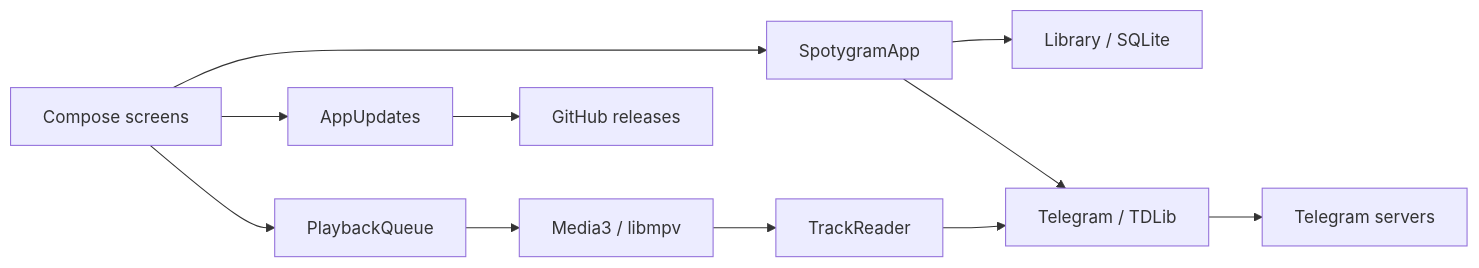
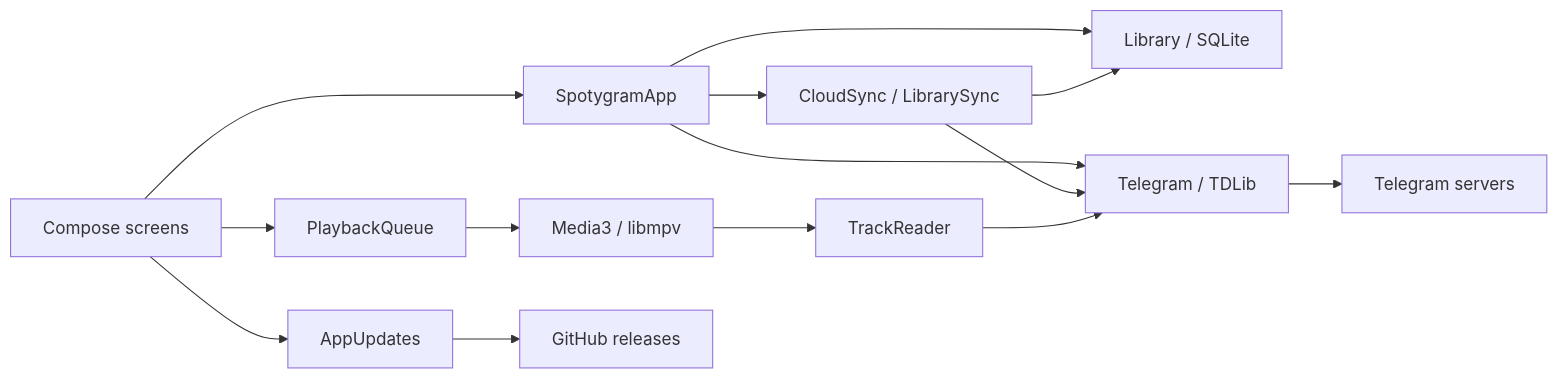
Before and after one commit to Krablante/spotygram: the diagram in docs/architecture.md, drawn with Mermaid. The commit also changed other lines of this file and 23 other files, not shown here.

Commit message:
feat: sync libraries automatically through Telegram

````diff
--- a/docs/architecture.md
+++ b/docs/architecture.md
@@ -9,13 +9,16 @@
 ```mermaid
 flowchart LR
     UI[Compose screens] --> App[SpotygramApp]
     App --> Library[Library / SQLite]
     App --> Telegram[Telegram / TDLib]
+    App --> Sync[CloudSync / LibrarySync]
+    Sync --> Library
+    Sync --> Telegram
     Telegram --> TG[Telegram servers]
     UI --> Queue[PlaybackQueue]
     Queue --> Engine[Media3 / libmpv]
     Engine --> Reader[TrackReader]
     Reader --> Telegram
     UI --> Updates[AppUpdates]
     Updates --> GH[GitHub releases]
 ```
````
